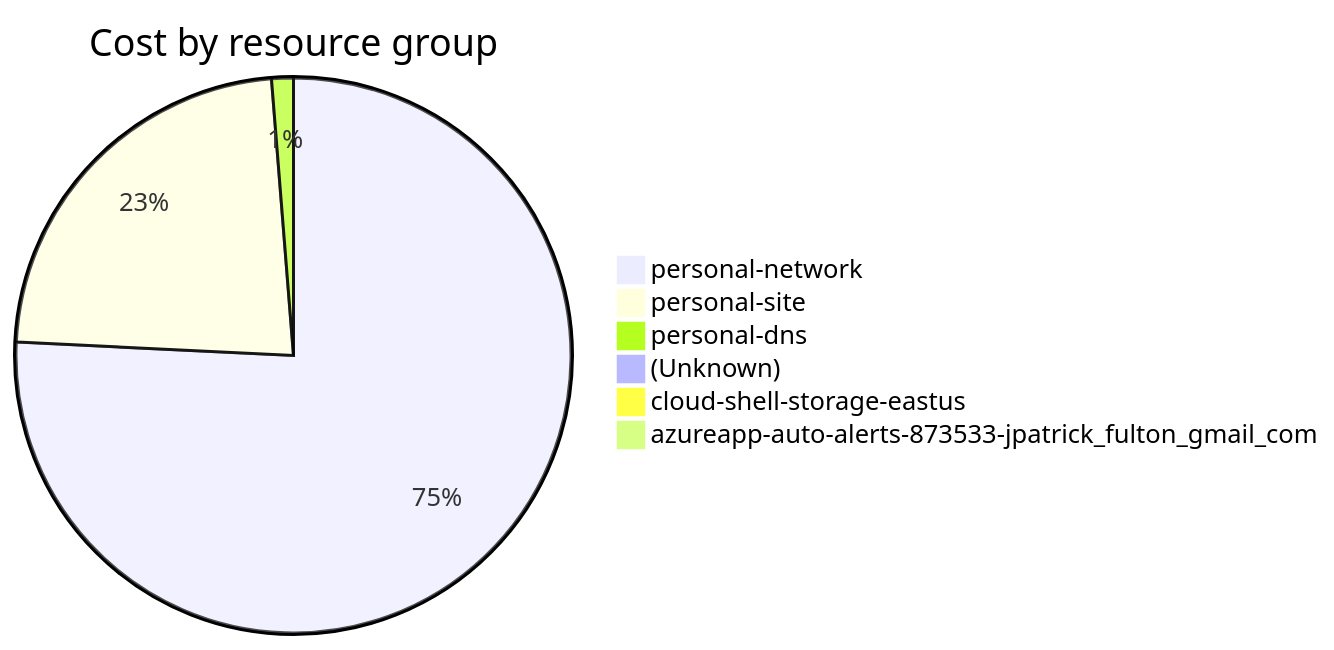
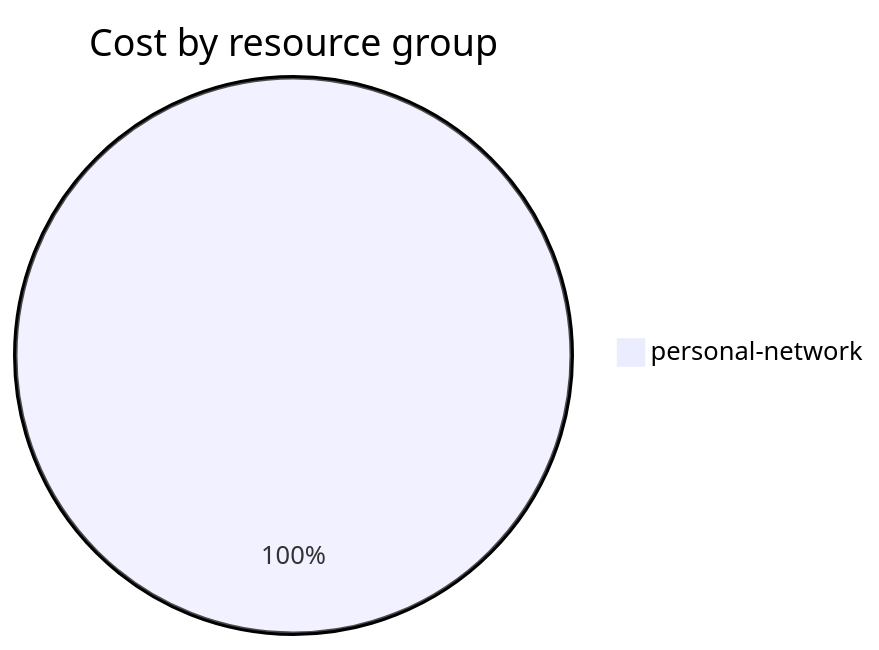
One commit to jpfulton/azure-personal-reports changed the fourth of 4 diagrams in cost-reports/accumulated-cost.md. Above: the diagram before and after it, drawn with Mermaid. The commit also changed other lines of this file and 4 other files, not shown here.

````diff
--- a/cost-reports/accumulated-cost.md
+++ b/cost-reports/accumulated-cost.md
@@ -156,10 +119,5 @@
 ```mermaid
 pie
    title Cost by resource group
-   "personal-network" : 54.50
-   "personal-site" : 16.51
-   "personal-dns" : 0.91
-   "(Unknown)" : 0.59
-   "cloud-shell-storage-eastus" : 0.29
-   "azureapp-auto-alerts-873533-jpatrick_fulton_gmail_com" : 0.00
+   "personal-network" : 0.12
 ```
````
